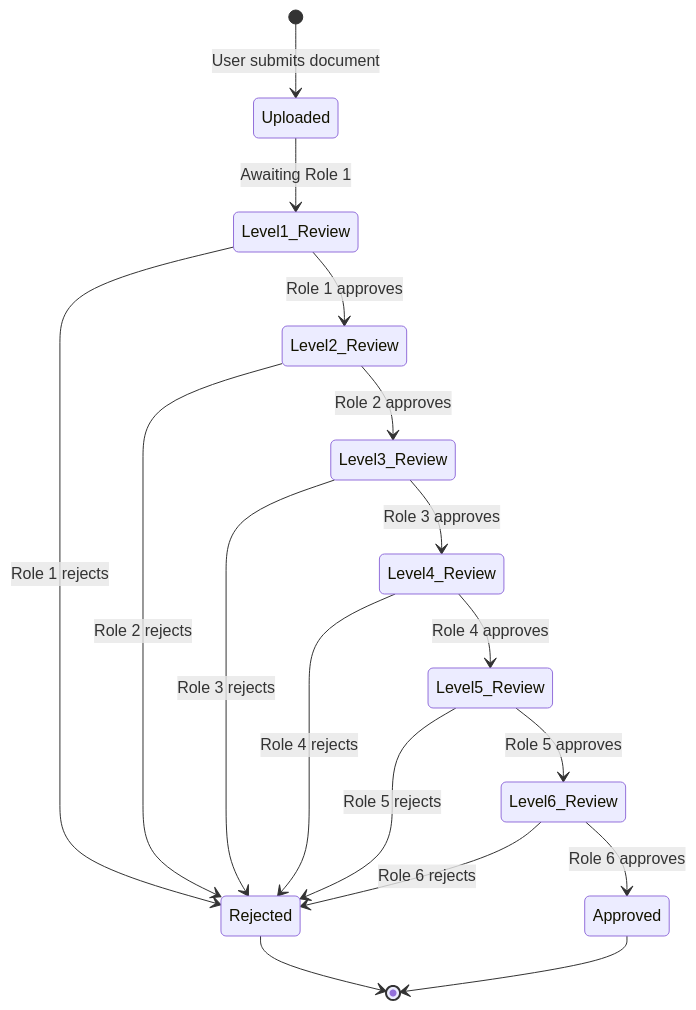
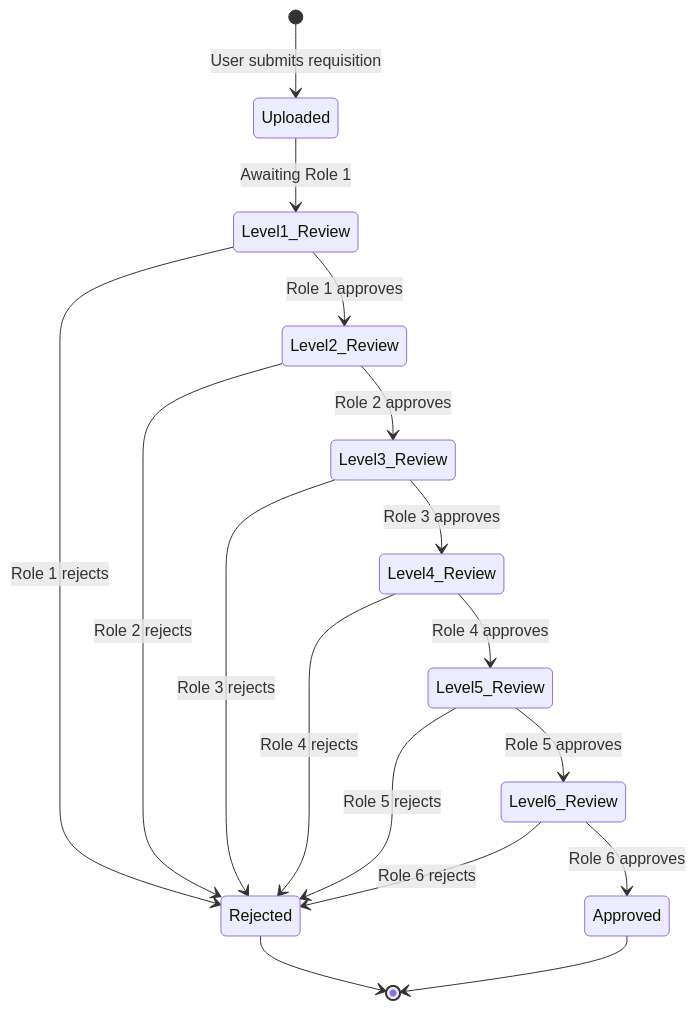
The first of 3 diagrams in ARCHITECTURE.md (AndresFelipeGA/cid-aprueba), drawn with Mermaid before and after one commit. The commit also changed other lines of this file and 18 other files, not shown here.

````diff
--- a/ARCHITECTURE.md
+++ b/ARCHITECTURE.md
@@ -13,19 +13,19 @@
 ```mermaid
 stateDiagram-v2
-    [*] --> Uploaded: User submits document
+    [*] --> Uploaded: User submits requisition
     Uploaded --> Level1_Review: Awaiting Role 1
     Level1_Review --> Level2_Review: Role 1 approves
     Level1_Review --> Rejected: Role 1 rejects
     Level2_Review --> Level3_Review: Role 2 approves
     Level2_Review --> Rejected: Role 2 rejects
     Level3_Review --> Level4_Review: Role 3 approves
     Level3_Review --> Rejected: Role 3 rejects
     Level4_Review --> Level5_Review: Role 4 approves
     Level4_Review --> Rejected: Role 4 rejects
     Level5_Review --> Level6_Review: Role 5 approves
     Level5_Review --> Rejected: Role 5 rejects
     Level6_Review --> Approved: Role 6 approves
     Level6_Review --> Rejected: Role 6 rejects
     Rejected --> [*]
     Approved --> [*]
 ```
````
